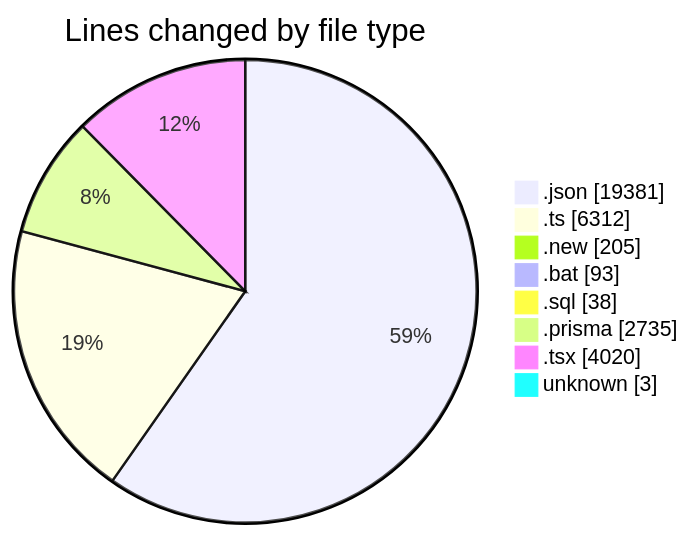
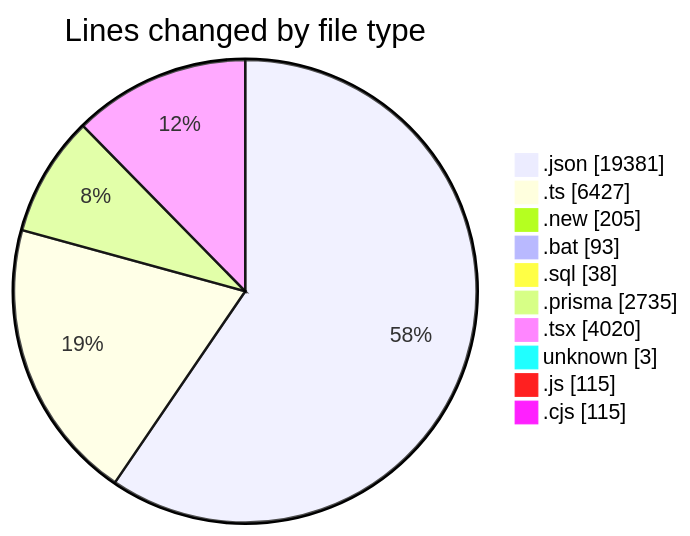
One commit to CELIANVF/code-tracking changed the first of 2 diagrams in 2025-05-20/ecodeli-1/README.md. Above: the diagram before and after it, drawn with Mermaid. The commit also changed other lines of this file and 1 other file, not shown here.

````diff
--- a/2025-05-20/ecodeli-1/README.md
+++ b/2025-05-20/ecodeli-1/README.md
@@ -73,12 +76,14 @@
 ```mermaid
 pie showData
 title Lines changed by file type
 ".json" : 19381
-".ts" : 6312
+".ts" : 6427
 ".new" : 205
 ".bat" : 93
 ".sql" : 38
 ".prisma" : 2735
 ".tsx" : 4020
 "unknown" : 3
+".js" : 115
+".cjs" : 115
 ```
````
